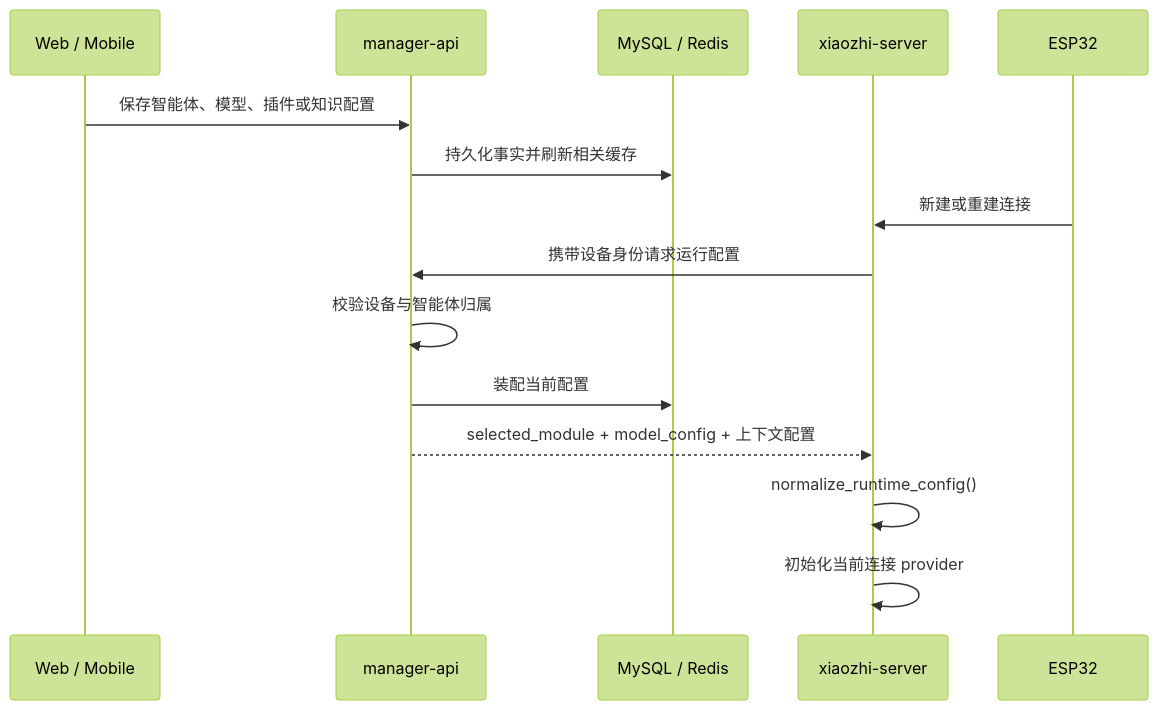
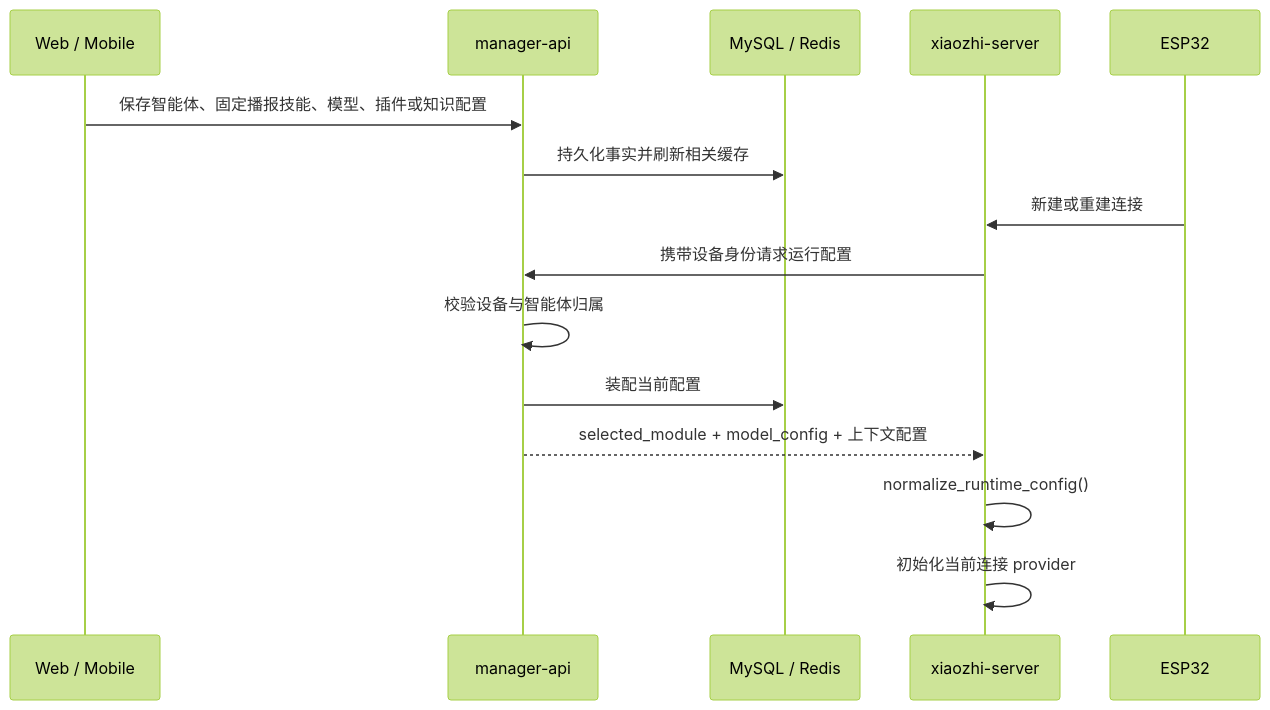
The second of 3 diagrams in docs/architecture/runtime-flows.md (ruirui688/xiaozhiserver), drawn with Mermaid (forest theme) before and after one commit. The commit also changed other lines of this file and 37 other files, not shown here.

````diff
--- a/docs/architecture/runtime-flows.md
+++ b/docs/architecture/runtime-flows.md
@@ -49,17 +51,17 @@
 ```mermaid
 sequenceDiagram
     participant UI as Web / Mobile
     participant API as manager-api
     participant DB as MySQL / Redis
     participant PY as xiaozhi-server
     participant D as ESP32
-    UI->>API: 保存智能体、模型、插件或知识配置
+    UI->>API: 保存智能体、固定播报技能、模型、插件或知识配置
     API->>DB: 持久化事实并刷新相关缓存
     D->>PY: 新建或重建连接
     PY->>API: 携带设备身份请求运行配置
     API->>API: 校验设备与智能体归属
     API->>DB: 装配当前配置
     API-->>PY: selected_module + model_config + 上下文配置
     PY->>PY: normalize_runtime_config()
     PY->>PY: 初始化当前连接 provider
 ```
````
